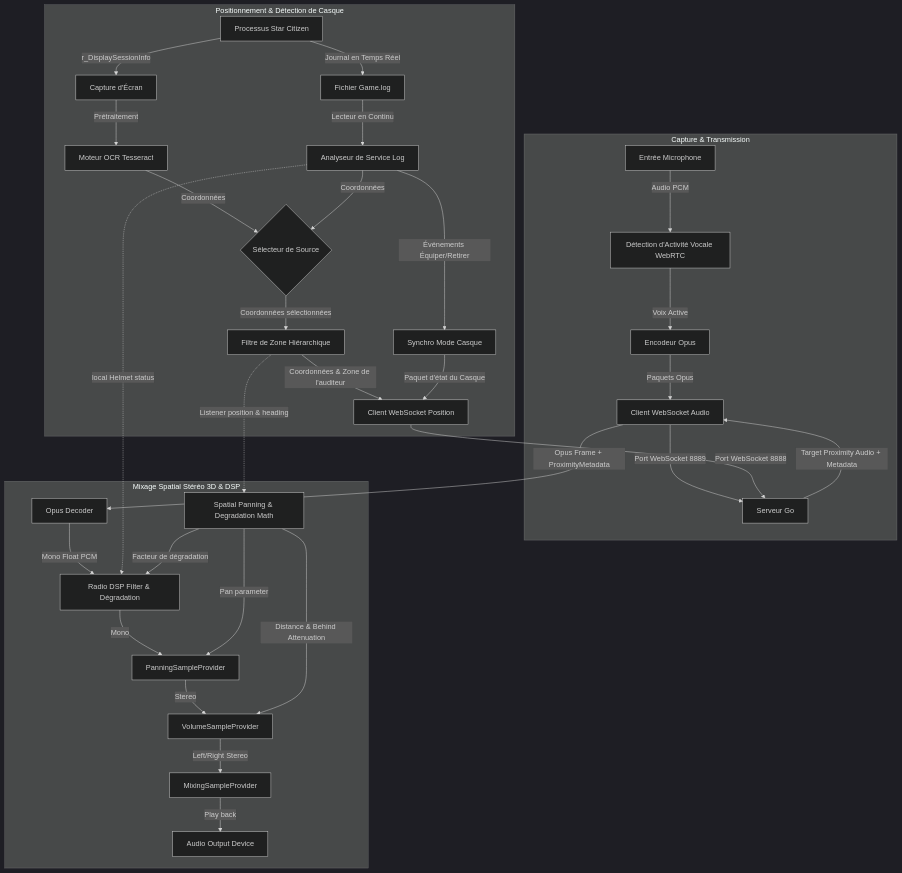
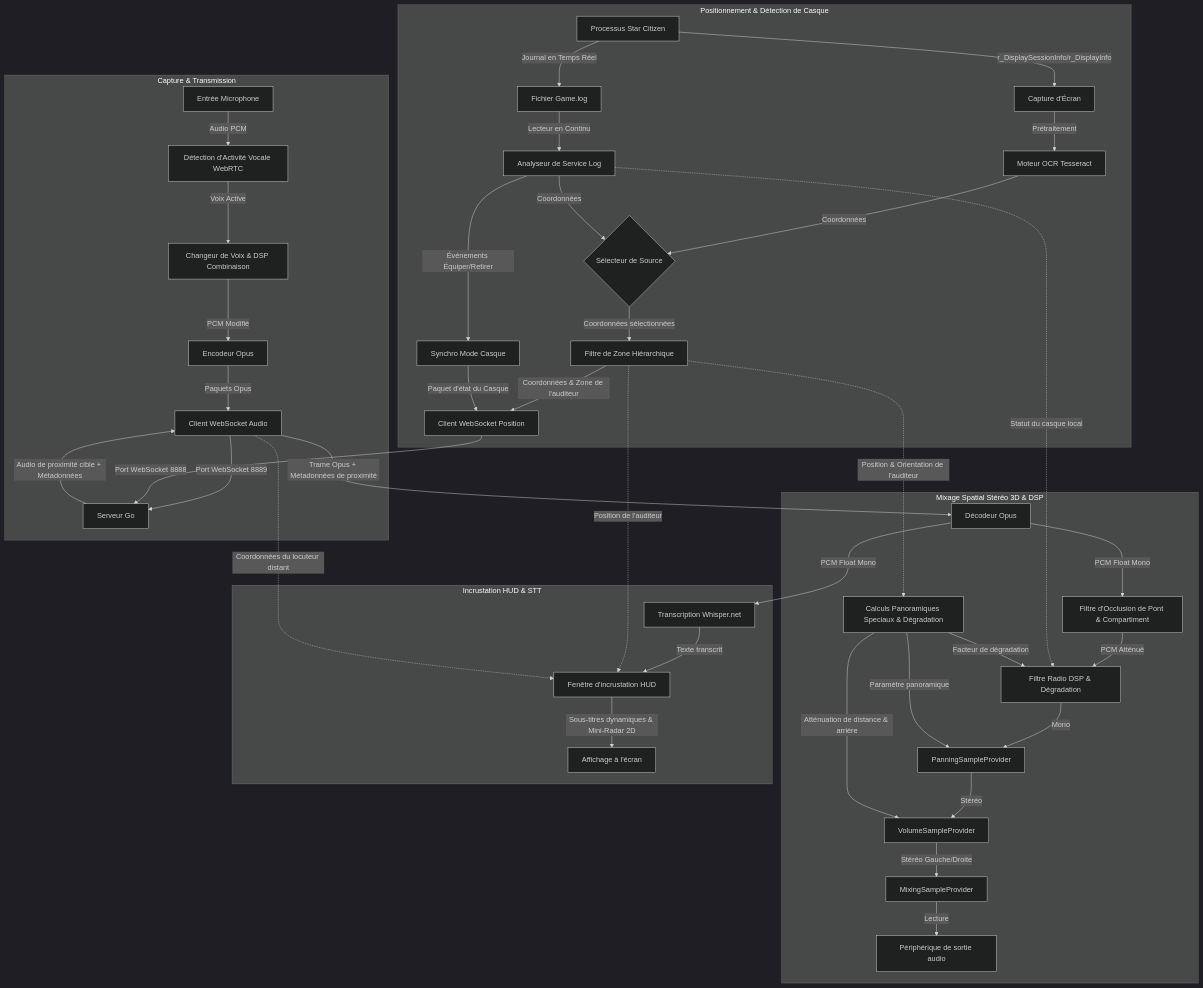
One commit to XuruDragon/XuruVOIP changed the diagram in doc/README.fr.md. Above: the diagram before and after it, drawn with Mermaid (dark theme). The commit also changed other lines of this file and 17 other files, not shown here.

````diff
--- a/doc/README.fr.md
+++ b/doc/README.fr.md
@@ -88,45 +88,55 @@
 ```mermaid
 graph TD
     subgraph Capture & Transmission
         Mic[Entrée Microphone] -->|Audio PCM| VAD[Détection d'Activité Vocale WebRTC]
-        VAD -->|Voix Active| OpusEnc[Encodeur Opus]
+        VAD -->|Voix Active| VoiceChanger[Changeur de Voix & DSP Combinaison]
+        VoiceChanger -->|PCM Modifié| OpusEnc[Encodeur Opus]
         OpusEnc -->|Paquets Opus| AudioWS[Client WebSocket Audio]
         AudioWS -->|Port WebSocket 8889| Server[Serveur Go]
     end
 
     subgraph Positionnement & Détection de Casque
-        SC[Processus Star Citizen] -->|r_DisplaySessionInfo| Screen[Capture d'Écran]
+        SC[Processus Star Citizen] -->|r_DisplaySessionInfo/r_DisplayInfo| Screen[Capture d'Écran]
         Screen -->|Prétraitement| Tess[Moteur OCR Tesseract]
         
         SC -->|Journal en Temps Réel| GameLog[Fichier Game.log]
         GameLog -->|Lecteur en Continu| LogParser[Analyseur de Service Log]
         
         Tess -->|Coordonnées| PosSelector{Sélecteur de Source}
         LogParser -->|Coordonnées| PosSelector
         
         PosSelector -->|Coordonnées sélectionnées| Zone[Filtre de Zone Hiérarchique]
         Zone -->|Coordonnées & Zone de l'auditeur| PosWS[Client WebSocket Position]
         PosWS -->|Port WebSocket 8888| Server
 
         LogParser -->|Événements Équiper/Retirer| Helmet[Synchro Mode Casque]
         Helmet -->|Paquet d'état du Casque| PosWS
     end
 
     subgraph Mixage Spatial Stéréo 3D & DSP
-        Server -->|Target Proximity Audio + Metadata| AudioWS
-        AudioWS -->|Opus Frame + ProximityMetadata| Decoder[Opus Decoder]
-        Decoder -->|Mono Float PCM| DSP[Radio DSP Filter & Dégradation]
+        Server -->|Audio de proximité cible + Métadonnées| AudioWS
+        AudioWS -->|Trame Opus + Métadonnées de proximité| Decoder[Décodeur Opus]
+        Decoder -->|PCM Float Mono| OcclusionFilter[Filtre d'Occlusion de Pont & Compartiment]
+        OcclusionFilter -->|PCM Atténué| DSP[Filtre Radio DSP & Dégradation]
         DSP -->|Mono| Panner[PanningSampleProvider]
-        Panner -->|Stereo| Volume[VolumeSampleProvider]
+        Panner -->|Stéréo| Volume[VolumeSampleProvider]
         
-        LogParser -.->|local Helmet status| DSP
-        Zone -.->|Listener position & heading| MixerMath[Spatial Panning & Degradation Math]
+        LogParser -.->|Statut du casque local| DSP
+        Zone -.->|Position & Orientation de l'auditeur| MixerMath[Calculs Panoramiques Speciaux & Dégradation]
         
-        MixerMath -->|Pan parameter| Panner
-        MixerMath -->|Distance & Behind Attenuation| Volume
+        MixerMath -->|Paramètre panoramique| Panner
+        MixerMath -->|Atténuation de distance & arrière| Volume
         MixerMath -->|Facteur de dégradation| DSP
         
-        Volume -->|Left/Right Stereo| Mixer[MixingSampleProvider]
-        Mixer -->|Play back| Speakers[Audio Output Device]
+        Volume -->|Stéréo Gauche/Droite| Mixer[MixingSampleProvider]
+        Mixer -->|Lecture| Speakers[Périphérique de sortie audio]
+    end
+
+    subgraph Incrustation HUD & STT
+        Decoder -->|PCM Float Mono| STT[Transcription Whisper.net]
+        STT -->|Texte transcrit| Overlay[Fenêtre d'incrustation HUD]
+        Zone -.->|Position de l'auditeur| Overlay
+        AudioWS -.->|Coordonnées du locuteur distant| Overlay
+        Overlay -->|Sous-titres dynamiques & Mini-Radar 2D| ScreenOverlay[Affichage à l'écran]
     end
 ```
````
